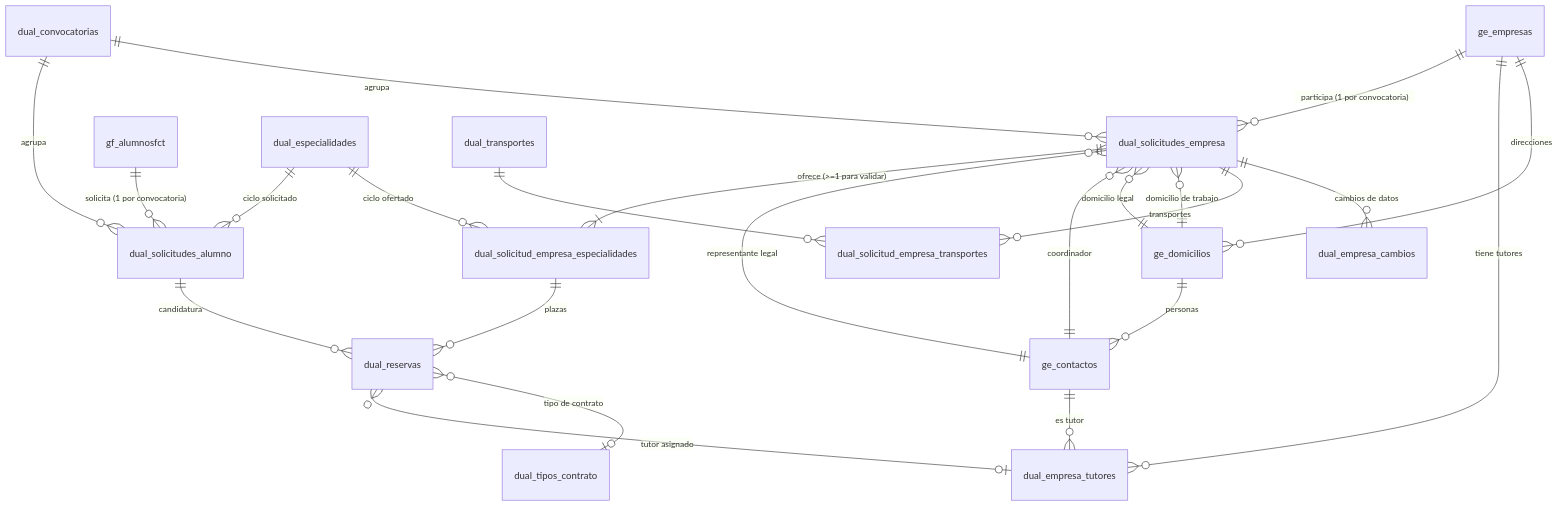
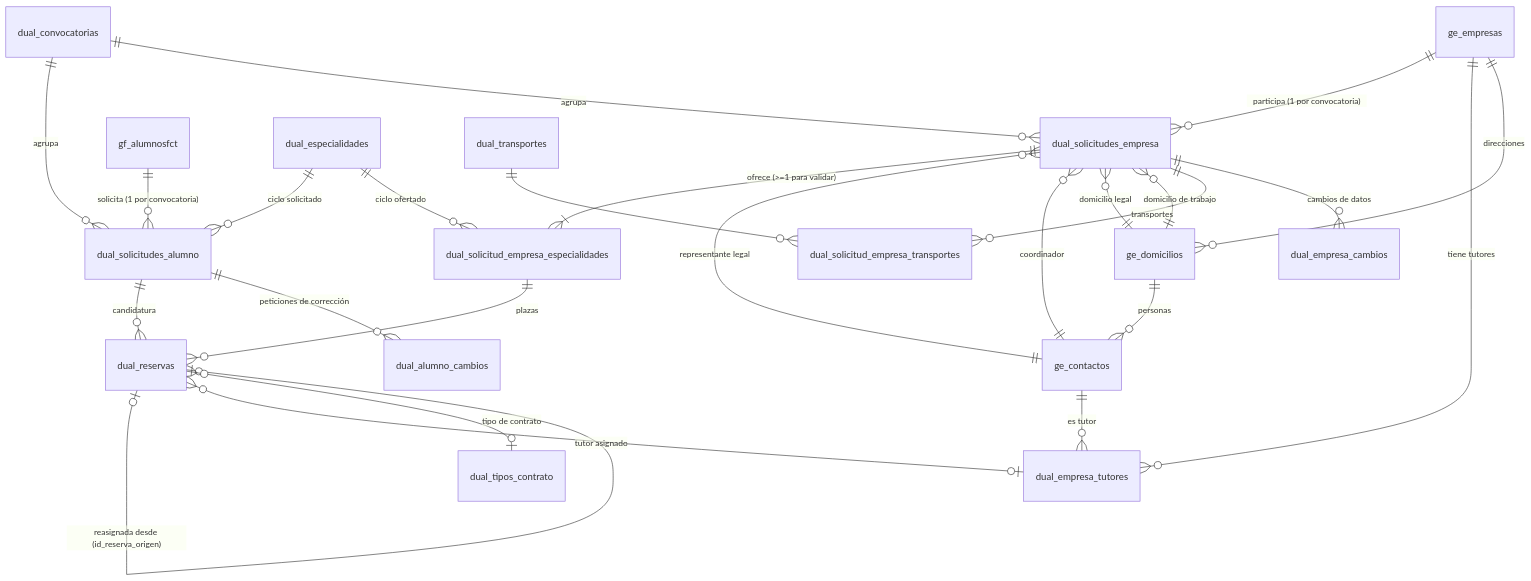
One commit to Katelynshapoval/Gestor-FP-Dual changed the first of 2 diagrams in docs/tecnica/base-de-datos/relaciones.md. Above: the diagram before and after it, drawn with Mermaid. The commit also changed other lines of this file and 48 other files, not shown here.

````diff
--- a/docs/tecnica/base-de-datos/relaciones.md
+++ b/docs/tecnica/base-de-datos/relaciones.md
@@ -7,25 +7,27 @@
 ```mermaid
 erDiagram
   dual_convocatorias ||--o{ dual_solicitudes_alumno : "agrupa"
   dual_convocatorias ||--o{ dual_solicitudes_empresa : "agrupa"
   gf_alumnosfct ||--o{ dual_solicitudes_alumno : "solicita (1 por convocatoria)"
   dual_especialidades ||--o{ dual_solicitudes_alumno : "ciclo solicitado"
   ge_empresas ||--o{ dual_solicitudes_empresa : "participa (1 por convocatoria)"
   dual_solicitudes_empresa ||--|{ dual_solicitud_empresa_especialidades : "ofrece (>=1 para validar)"
   dual_especialidades ||--o{ dual_solicitud_empresa_especialidades : "ciclo ofertado"
   dual_solicitud_empresa_especialidades ||--o{ dual_reservas : "plazas"
   dual_solicitudes_alumno ||--o{ dual_reservas : "candidatura"
+  dual_reservas |o--o| dual_reservas : "reasignada desde (id_reserva_origen)"
+  dual_solicitudes_alumno ||--o{ dual_alumno_cambios : "peticiones de corrección"
   dual_reservas }o--o| dual_empresa_tutores : "tutor asignado"
   dual_reservas }o--o| dual_tipos_contrato : "tipo de contrato"
   ge_empresas ||--o{ dual_empresa_tutores : "tiene tutores"
   ge_contactos ||--o{ dual_empresa_tutores : "es tutor"
   dual_solicitudes_empresa }o--|| ge_contactos : "representante legal"
   dual_solicitudes_empresa }o--|| ge_contactos : "coordinador"
   dual_solicitudes_empresa }o--|| ge_domicilios : "domicilio legal"
   dual_solicitudes_empresa }o--|| ge_domicilios : "domicilio de trabajo"
   ge_empresas ||--o{ ge_domicilios : "direcciones"
   ge_domicilios ||--o{ ge_contactos : "personas"
   dual_solicitudes_empresa ||--o{ dual_solicitud_empresa_transportes : "transportes"
   dual_transportes ||--o{ dual_solicitud_empresa_transportes : ""
   dual_solicitudes_empresa ||--o{ dual_empresa_cambios : "cambios de datos"
 ```
````
